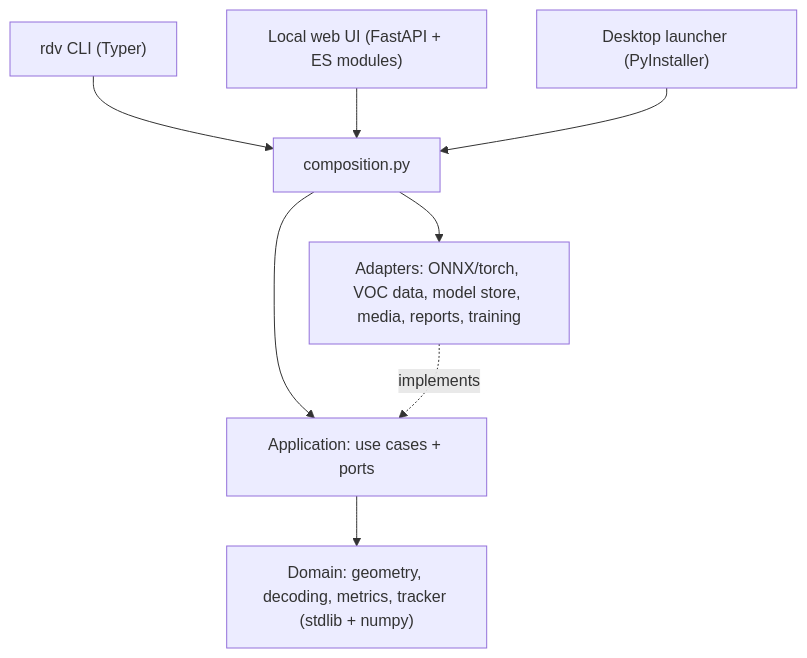
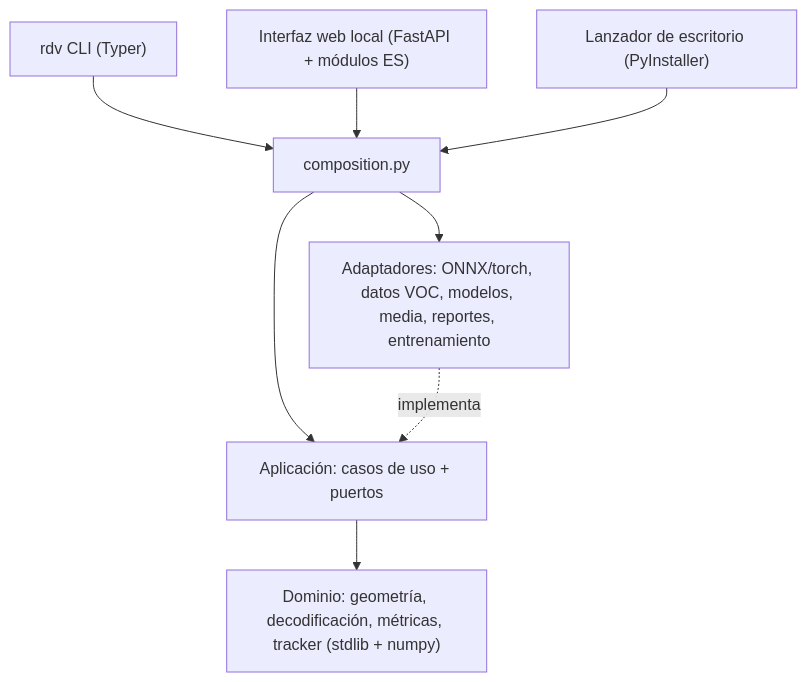
The diagram in README.md (Eduardo12Pacheco/deteccion-fallas-viales), drawn with Mermaid before and after one commit. The commit also changed other lines of this file and 7 other files, not shown here.

````diff
--- a/README.md
+++ b/README.md
@@ -24,10 +26,10 @@
 ```mermaid
 flowchart TB
   CLI["rdv CLI (Typer)"] --> COMP["composition.py"]
-  WEB["Local web UI (FastAPI + ES modules)"] --> COMP
-  DESK["Desktop launcher (PyInstaller)"] --> COMP
-  COMP --> APP["Application: use cases + ports"]
-  APP --> DOM["Domain: geometry, decoding, metrics, tracker (stdlib + numpy)"]
-  COMP --> ADP["Adapters: ONNX/torch, VOC data, model store, media, reports, training"]
-  ADP -. implements .-> APP
+  WEB["Interfaz web local (FastAPI + módulos ES)"] --> COMP
+  DESK["Lanzador de escritorio (PyInstaller)"] --> COMP
+  COMP --> APP["Aplicación: casos de uso + puertos"]
+  APP --> DOM["Dominio: geometría, decodificación, métricas, tracker (stdlib + numpy)"]
+  COMP --> ADP["Adaptadores: ONNX/torch, datos VOC, modelos, media, reportes, entrenamiento"]
+  ADP -. implementa .-> APP
 ```
````
